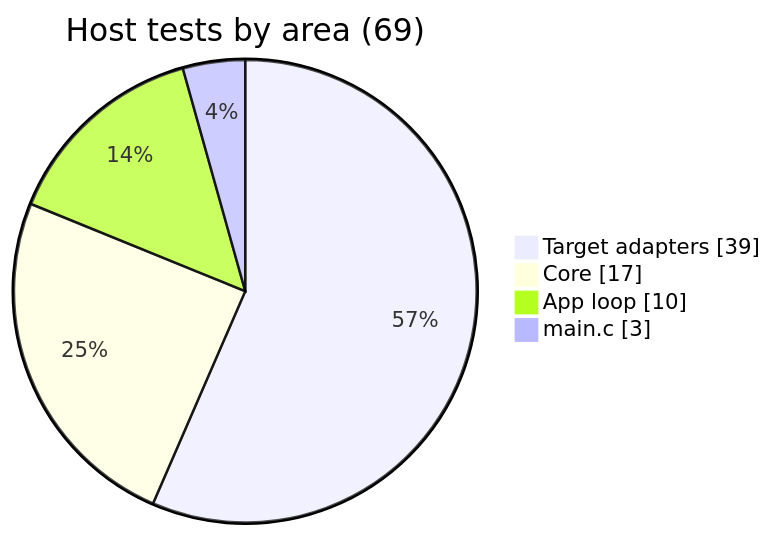
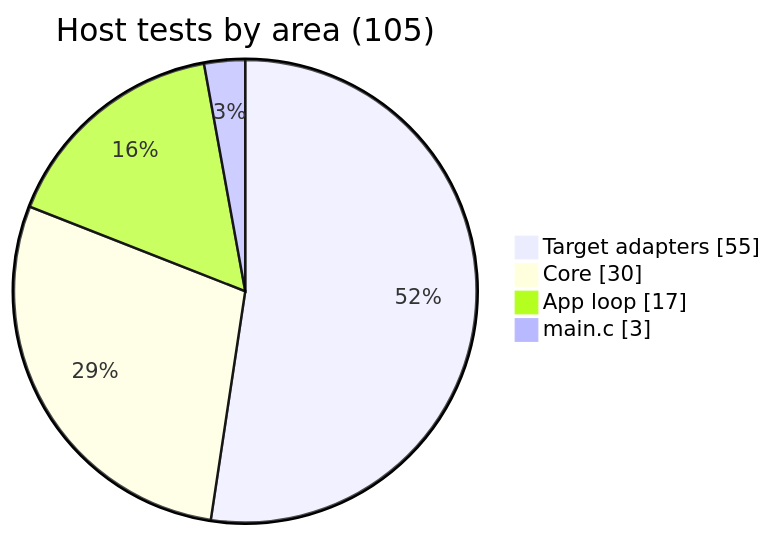
Before and after one commit to BonelessPig/nano_sequencer: diagram 15 of 18 in docs/ARCHITECTURE.md, drawn with Mermaid. The commit also changed other lines of this file and 9 other files, not shown here.

````diff
--- a/docs/ARCHITECTURE.md
+++ b/docs/ARCHITECTURE.md
@@ -427,8 +485,8 @@
 ```mermaid
 pie showData
-    title Host tests by area (69)
-    "Target adapters" : 39
-    "Core" : 17
-    "App loop" : 10
+    title Host tests by area (105)
+    "Target adapters" : 55
+    "Core" : 30
+    "App loop" : 17
     "main.c" : 3
 ```
````
